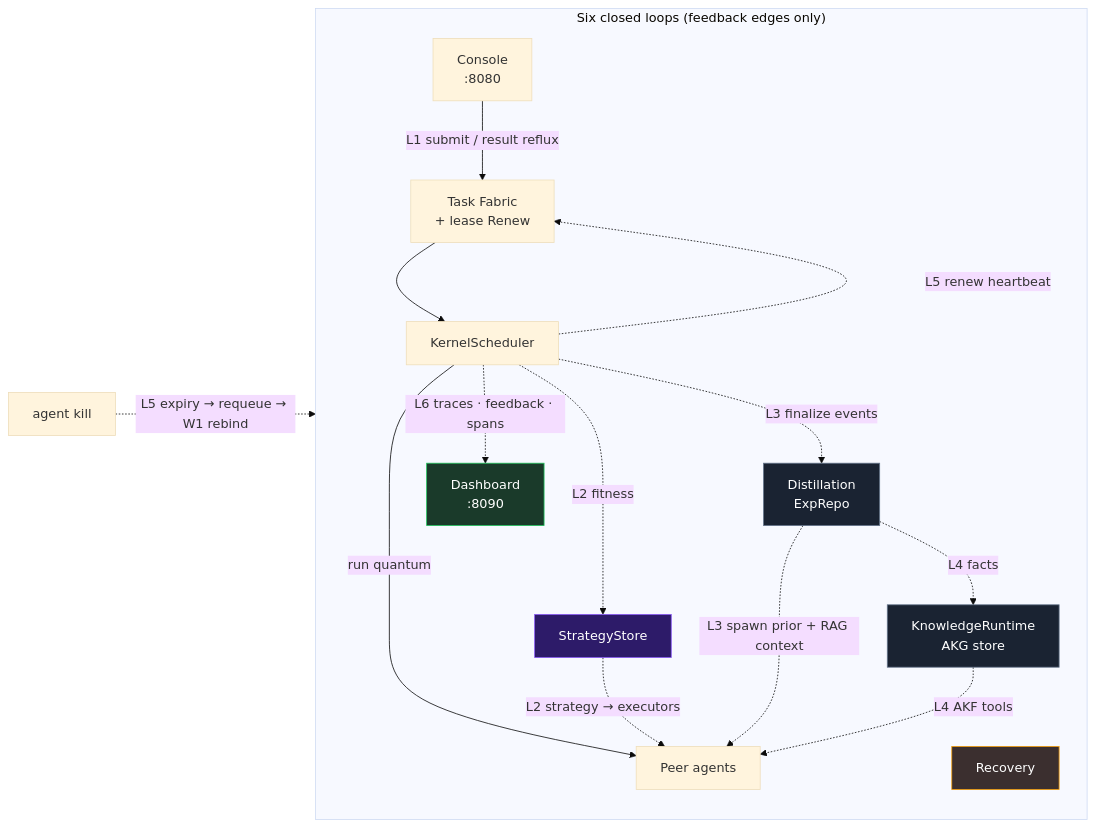
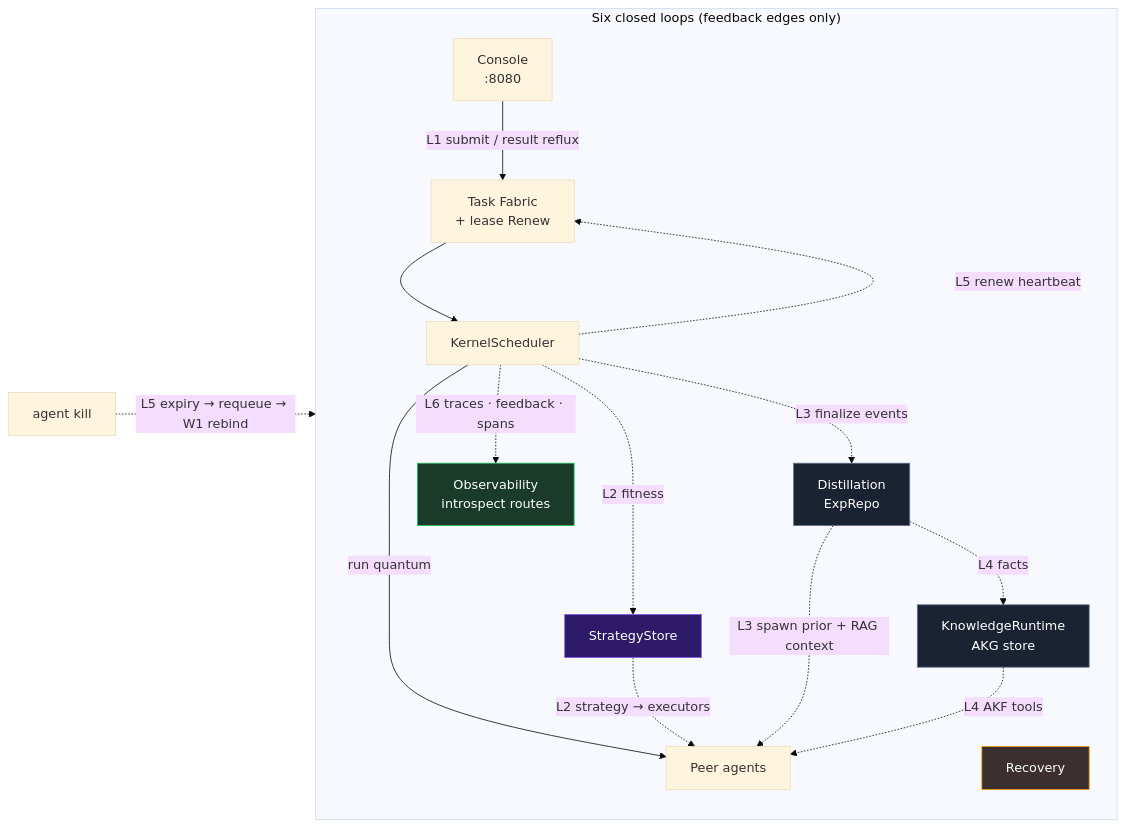
The second of 3 diagrams in README.md (Timwood0x10/ARES), drawn with Mermaid (base theme) before and after one commit. The commit also changed other lines of this file and 2423 other files, not shown here.

````diff
--- a/README.md
+++ b/README.md
@@ -372,38 +419,38 @@
 ```mermaid
 flowchart LR
     subgraph LOOPS["Six closed loops (feedback edges only)"]
         direction TB
         API["Console<br/>:8080"]
         FABRIC["Task Fabric<br/>+ lease Renew"]
         SCHED["KernelScheduler"]
         AG["Peer agents"]
         STRAT["StrategyStore"]
         DIS["Distillation<br/>ExpRepo"]
         KR["KnowledgeRuntime<br/>AKG store"]
         REC["Recovery"]
-        DASH["Dashboard<br/>:8090"]
+        OBS["Observability<br/>introspect routes"]
     end
 
     API -- "L1 submit / result reflux" --> FABRIC
     FABRIC --> SCHED -- "run quantum" --> AG
 
     SCHED -. "L2 fitness" .-> STRAT
     STRAT -. "L2 strategy → executors" .-> AG
 
     SCHED -. "L3 finalize events" .-> DIS
     DIS -. "L3 spawn prior + RAG context" .-> AG
 
     DIS -. "L4 facts" .-> KR
     KR -. "L4 AKF tools" .-> AG
 
     AFABK["agent kill"] -. "L5 expiry → requeue → W1 rebind" .-> SCHED
     SCHED -. "L5 renew heartbeat" .-> FABRIC
 
-    SCHED -. "L6 traces · feedback · spans" .-> DASH
+    SCHED -. "L6 traces · feedback · spans" .-> OBS
 
     style STRAT fill:#2d1b69,stroke:#8b5cf6,color:#fff
     style DIS fill:#1a2332,stroke:#64748b,color:#fff
     style KR fill:#1a2332,stroke:#64748b,color:#fff
     style REC fill:#3b2f2f,stroke:#f59e0b,color:#fff
-    style DASH fill:#1a3a2a,stroke:#22c55e,color:#fff
+    style OBS fill:#1a3a2a,stroke:#22c55e,color:#fff
 ```
````
